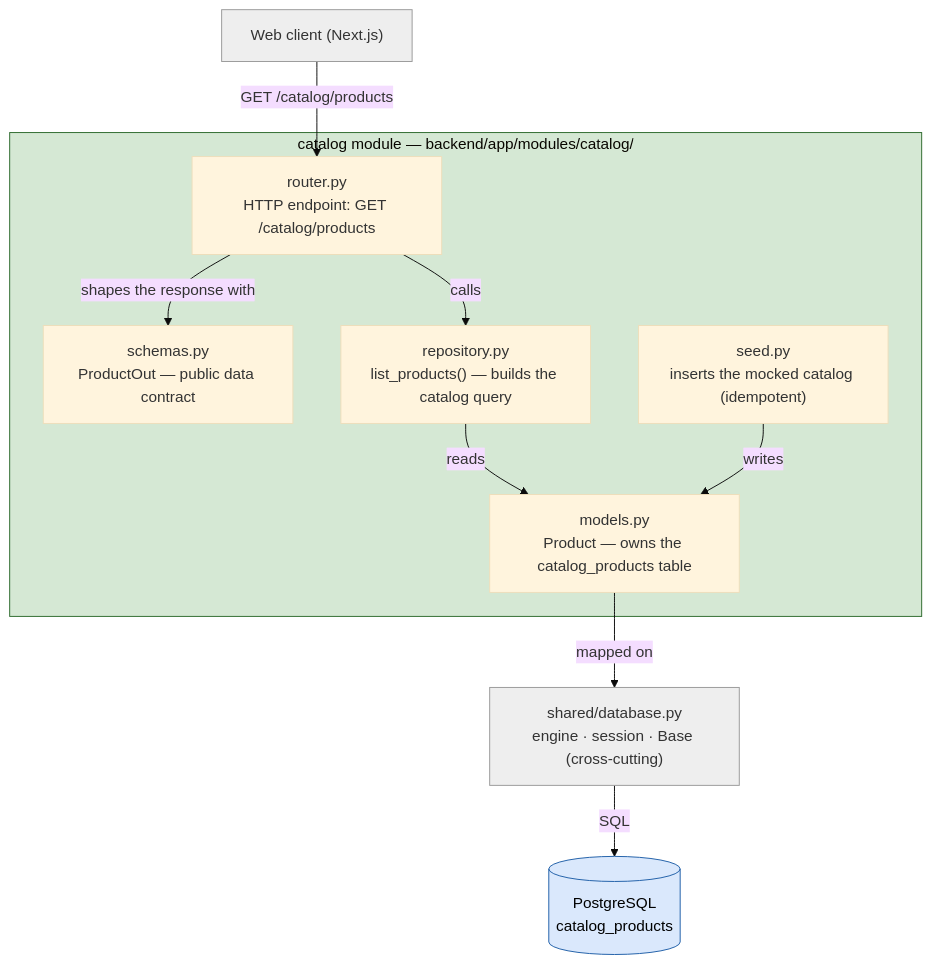
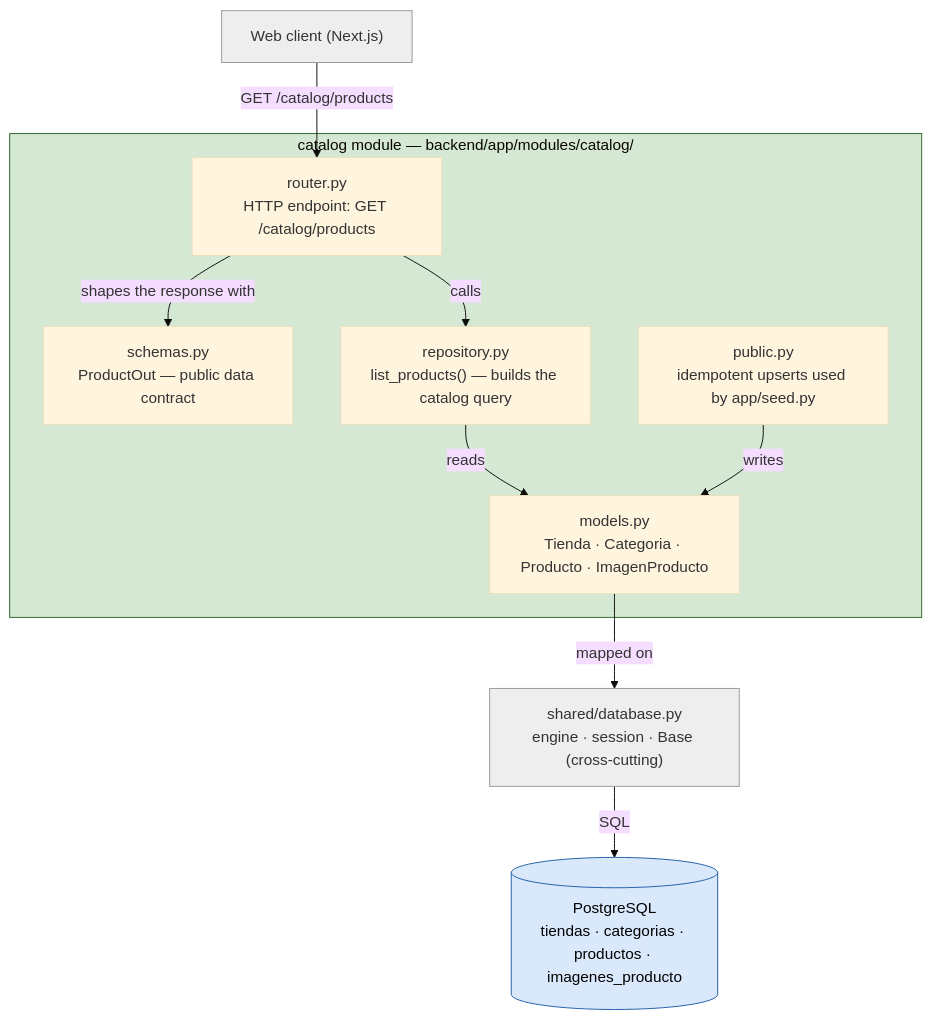
One commit to ISCOUTB/AS_202620_TIENDA-VIRTUAL-UTB changed the third of 7 diagrams in docs/arc42/arc42-template-EN.md. Above: the diagram before and after it, drawn with Mermaid (base theme). The commit also changed other lines of this file and 13 other files, not shown here.

````diff
--- a/docs/arc42/arc42-template-EN.md
+++ b/docs/arc42/arc42-template-EN.md
@@ -304,26 +305,26 @@
 ```mermaid
 flowchart TB
     web["Web client (Next.js)"]:::ext
-    db[("PostgreSQL<br/>catalog_products")]:::data
+    db[("PostgreSQL<br/>tiendas · categorias · productos · imagenes_producto")]:::data
 
     subgraph catalog["catalog module — backend/app/modules/catalog/"]
         router["router.py<br/>HTTP endpoint: GET /catalog/products"]
         schemas["schemas.py<br/>ProductOut — public data contract"]
         repo["repository.py<br/>list_products() — builds the catalog query"]
-        model["models.py<br/>Product — owns the catalog_products table"]
-        seed["seed.py<br/>inserts the mocked catalog (idempotent)"]
+        model["models.py<br/>Tienda · Categoria · Producto · ImagenProducto"]
+        seed["public.py<br/>idempotent upserts used by app/seed.py"]
     end
     shared["shared/database.py<br/>engine · session · Base (cross-cutting)"]:::ext
 
     web -->|"GET /catalog/products"| router
     router -->|"shapes the response with"| schemas
     router -->|"calls"| repo
     repo -->|"reads"| model
     seed -->|"writes"| model
     model -->|"mapped on"| shared
     shared -->|"SQL"| db
 
     classDef ext fill:#eeeeee,stroke:#999999,color:#333333
     classDef data fill:#dae8fc,stroke:#1f5fa8,color:#000000
     style catalog fill:#d5e8d4,stroke:#2d6a2d
 ```
````
